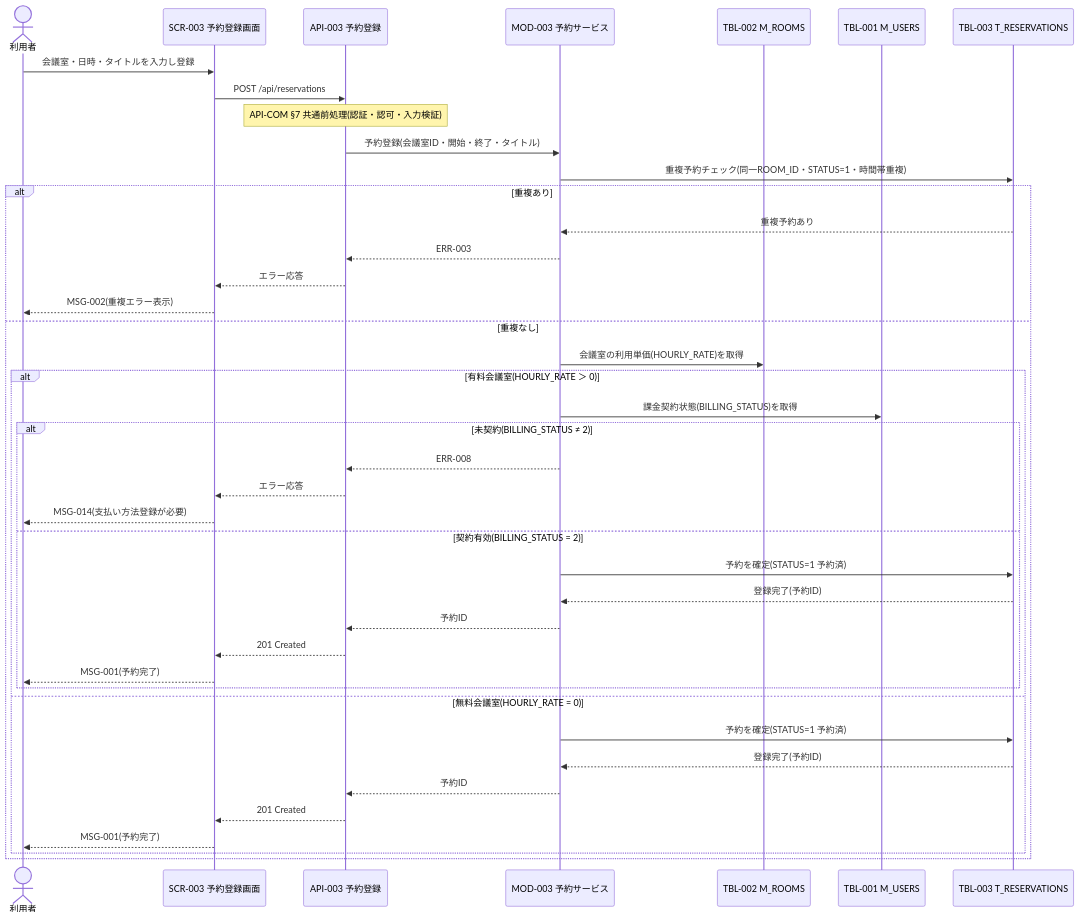
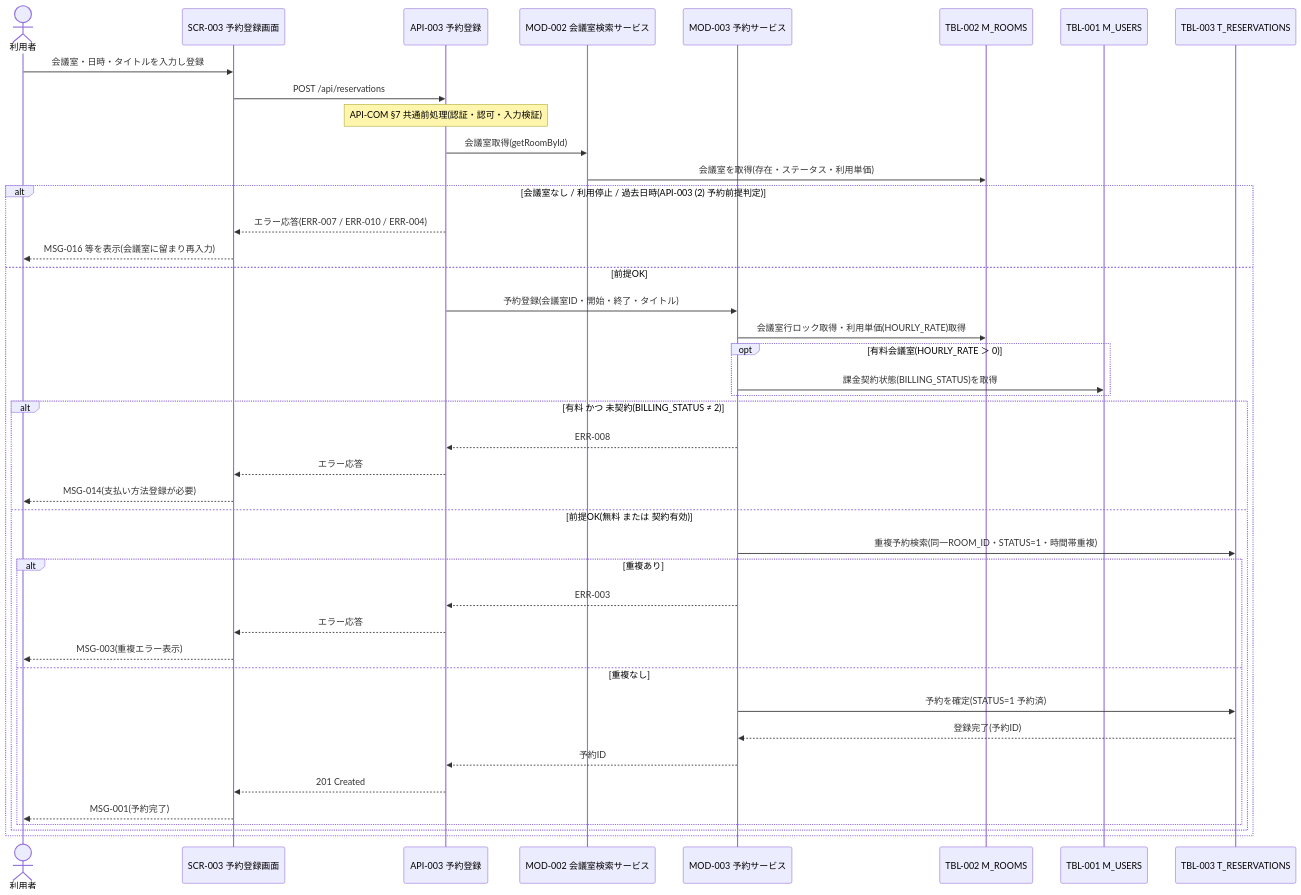
The diagram in docs/02_機能設計/08_シーケンス設計/SEQ-001_会議室予約登録シーケンス.md (sikakou54/system-document-template), drawn with Mermaid before and after one commit. The commit also changed other lines of this file and 52 other files, not shown here.

````diff
--- a/docs/02_機能設計/08_シーケンス設計/SEQ-001_会議室予約登録シーケンス.md
+++ b/docs/02_機能設計/08_シーケンス設計/SEQ-001_会議室予約登録シーケンス.md
@@ -25,44 +26,45 @@
 ```mermaid
 sequenceDiagram
     actor U as 利用者
     participant SCR as SCR-003 予約登録画面
     participant API as API-003 予約登録
+    participant MOD2 as MOD-002 会議室検索サービス
     participant MOD as MOD-003 予約サービス
     participant R as TBL-002 M_ROOMS
     participant USR as TBL-001 M_USERS
     participant RES as TBL-003 T_RESERVATIONS
 
     U->>SCR: 会議室・日時・タイトルを入力し登録
     SCR->>API: POST /api/reservations
     Note over API: API-COM §7 共通前処理(認証・認可・入力検証)
-    API->>MOD: 予約登録(会議室ID・開始・終了・タイトル)
-    MOD->>RES: 重複予約チェック(同一ROOM_ID・STATUS=1・時間帯重複)
-    alt 重複あり
-        RES-->>MOD: 重複予約あり
-        MOD-->>API: ERR-003
-        API-->>SCR: エラー応答
-        SCR-->>U: MSG-002(重複エラー表示)
-    else 重複なし
-        MOD->>R: 会議室の利用単価(HOURLY_RATE)を取得
-        alt 有料会議室(HOURLY_RATE ＞ 0)
+    API->>MOD2: 会議室取得(getRoomById)
+    MOD2->>R: 会議室を取得(存在・ステータス・利用単価)
+    alt 会議室なし / 利用停止 / 過去日時(API-003 (2) 予約前提判定)
+        API-->>SCR: エラー応答(ERR-007 / ERR-010 / ERR-004)
+        SCR-->>U: MSG-016 等を表示(会議室に留まり再入力)
+    else 前提OK
+        API->>MOD: 予約登録(会議室ID・開始・終了・タイトル)
+        MOD->>R: 会議室行ロック取得・利用単価(HOURLY_RATE)取得
+        opt 有料会議室(HOURLY_RATE ＞ 0)
             MOD->>USR: 課金契約状態(BILLING_STATUS)を取得
-            alt 未契約(BILLING_STATUS ≠ 2)
-                MOD-->>API: ERR-008
+        end
+        alt 有料 かつ 未契約(BILLING_STATUS ≠ 2)
+            MOD-->>API: ERR-008
+            API-->>SCR: エラー応答
+            SCR-->>U: MSG-014(支払い方法登録が必要)
+        else 前提OK(無料 または 契約有効)
+            MOD->>RES: 重複予約検索(同一ROOM_ID・STATUS=1・時間帯重複)
+            alt 重複あり
+                MOD-->>API: ERR-003
                 API-->>SCR: エラー応答
-                SCR-->>U: MSG-014(支払い方法登録が必要)
-            else 契約有効(BILLING_STATUS = 2)
+                SCR-->>U: MSG-003(重複エラー表示)
+            else 重複なし
                 MOD->>RES: 予約を確定(STATUS=1 予約済)
                 RES-->>MOD: 登録完了(予約ID)
                 MOD-->>API: 予約ID
                 API-->>SCR: 201 Created
                 SCR-->>U: MSG-001(予約完了)
             end
-        else 無料会議室(HOURLY_RATE = 0)
-            MOD->>RES: 予約を確定(STATUS=1 予約済)
-            RES-->>MOD: 登録完了(予約ID)
-            MOD-->>API: 予約ID
-            API-->>SCR: 201 Created
-            SCR-->>U: MSG-001(予約完了)
         end
     end
 ```
````
